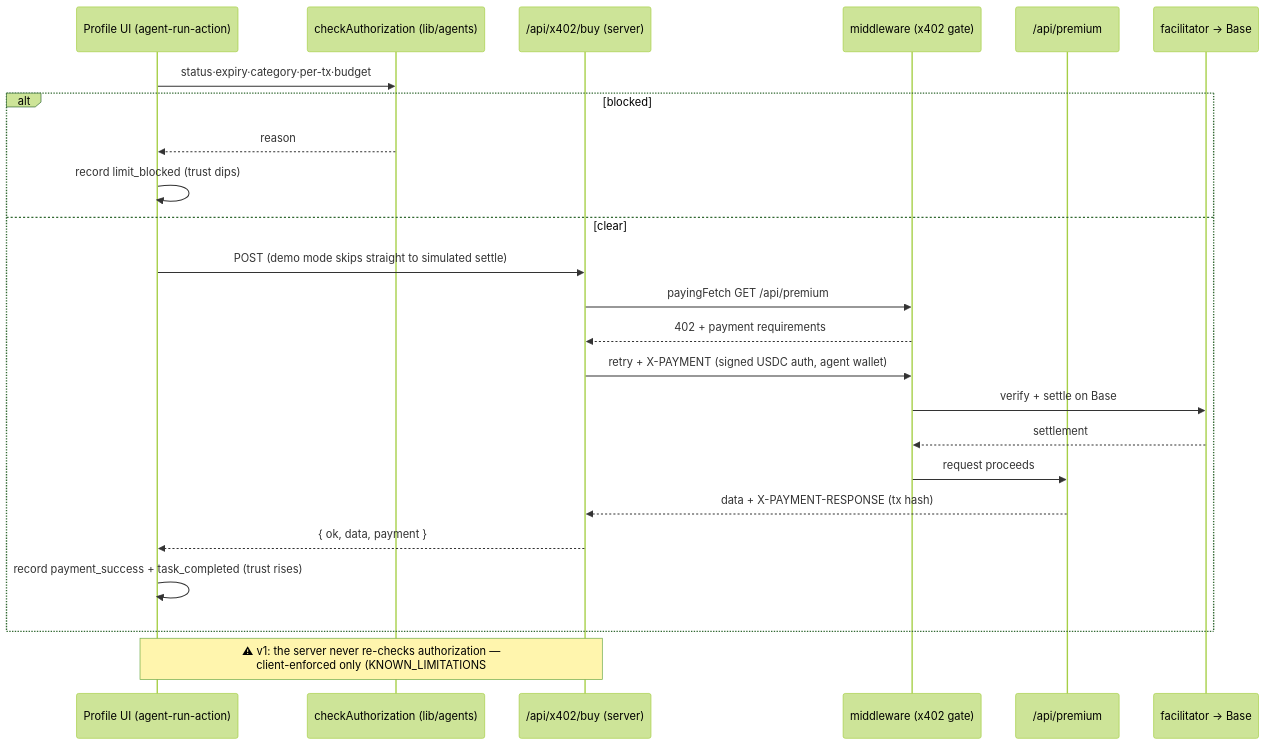
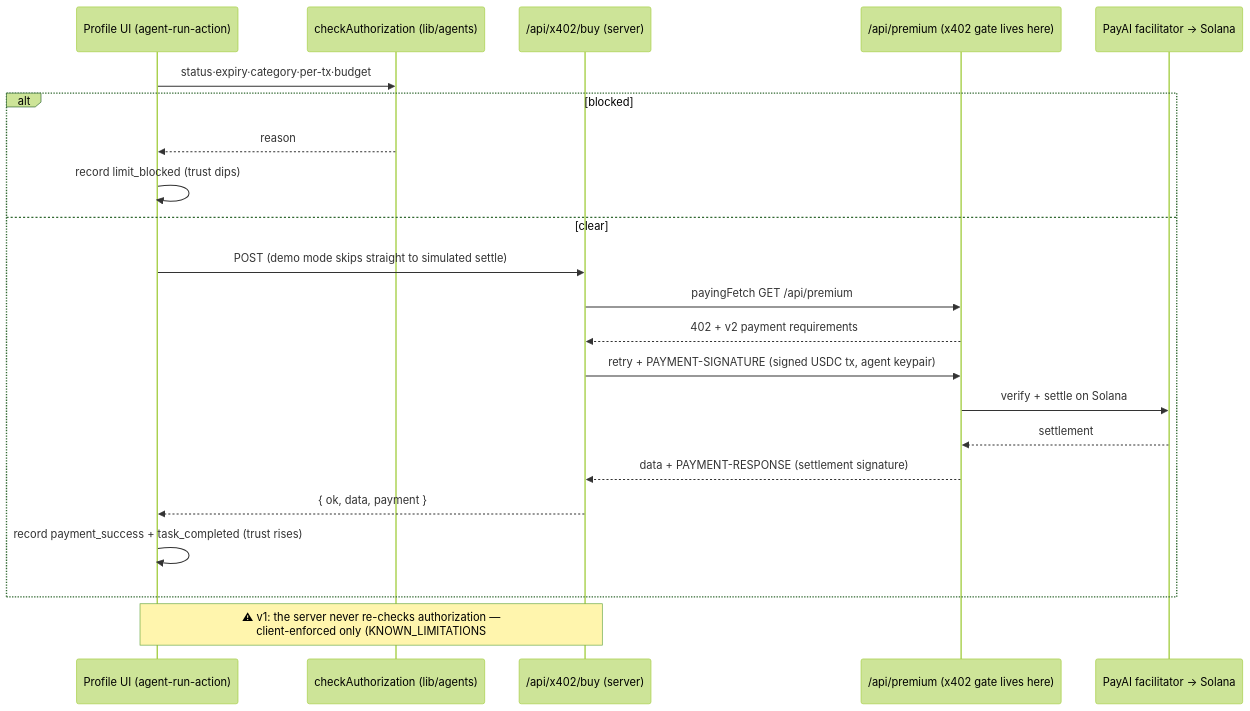
Before and after one commit to Cephei18/Sentinel: the second of 2 diagrams in docs/DATA_FLOW.md, drawn with Mermaid (forest theme). The commit also changed other lines of this file and 65 other files, not shown here.

````diff
--- a/docs/DATA_FLOW.md
+++ b/docs/DATA_FLOW.md
@@ -26,27 +26,25 @@
 ```mermaid
 sequenceDiagram
   participant U as Profile UI (agent-run-action)
   participant A as checkAuthorization (lib/agents)
   participant S as /api/x402/buy (server)
-  participant M as middleware (x402 gate)
-  participant PR as /api/premium
-  participant F as facilitator → Base
+  participant PR as /api/premium (x402 gate lives here)
+  participant F as PayAI facilitator → Solana
 
   U->>A: status·expiry·category·per-tx·budget
   alt blocked
     A-->>U: reason
     U->>U: record limit_blocked (trust dips)
   else clear
     U->>S: POST (demo mode skips straight to simulated settle)
-    S->>M: payingFetch GET /api/premium
-    M-->>S: 402 + payment requirements
-    S->>M: retry + X-PAYMENT (signed USDC auth, agent wallet)
-    M->>F: verify + settle on Base
-    F-->>M: settlement
-    M->>PR: request proceeds
-    PR-->>S: data + X-PAYMENT-RESPONSE (tx hash)
+    S->>PR: payingFetch GET /api/premium
+    PR-->>S: 402 + v2 payment requirements
+    S->>PR: retry + PAYMENT-SIGNATURE (signed USDC tx, agent keypair)
+    PR->>F: verify + settle on Solana
+    F-->>PR: settlement
+    PR-->>S: data + PAYMENT-RESPONSE (settlement signature)
     S-->>U: { ok, data, payment }
     U->>U: record payment_success + task_completed (trust rises)
   end
   Note over U,S: ⚠ v1: the server never re-checks authorization —<br/>client-enforced only (KNOWN_LIMITATIONS #1)
 ```
````
